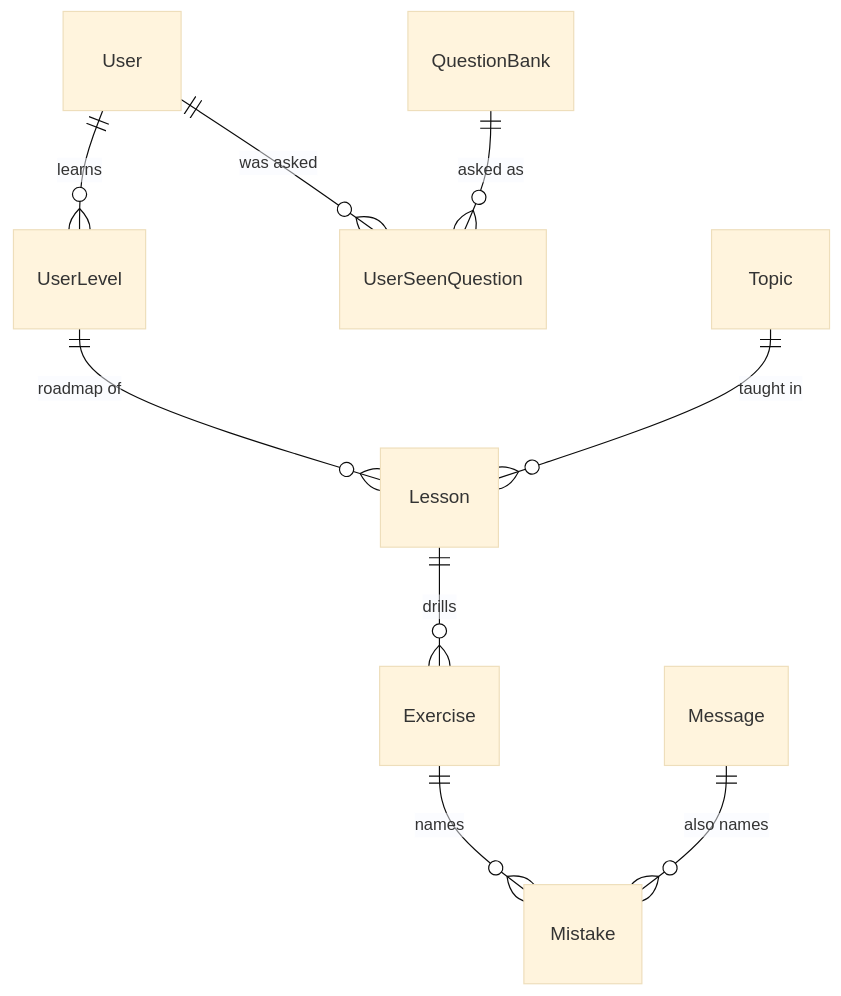
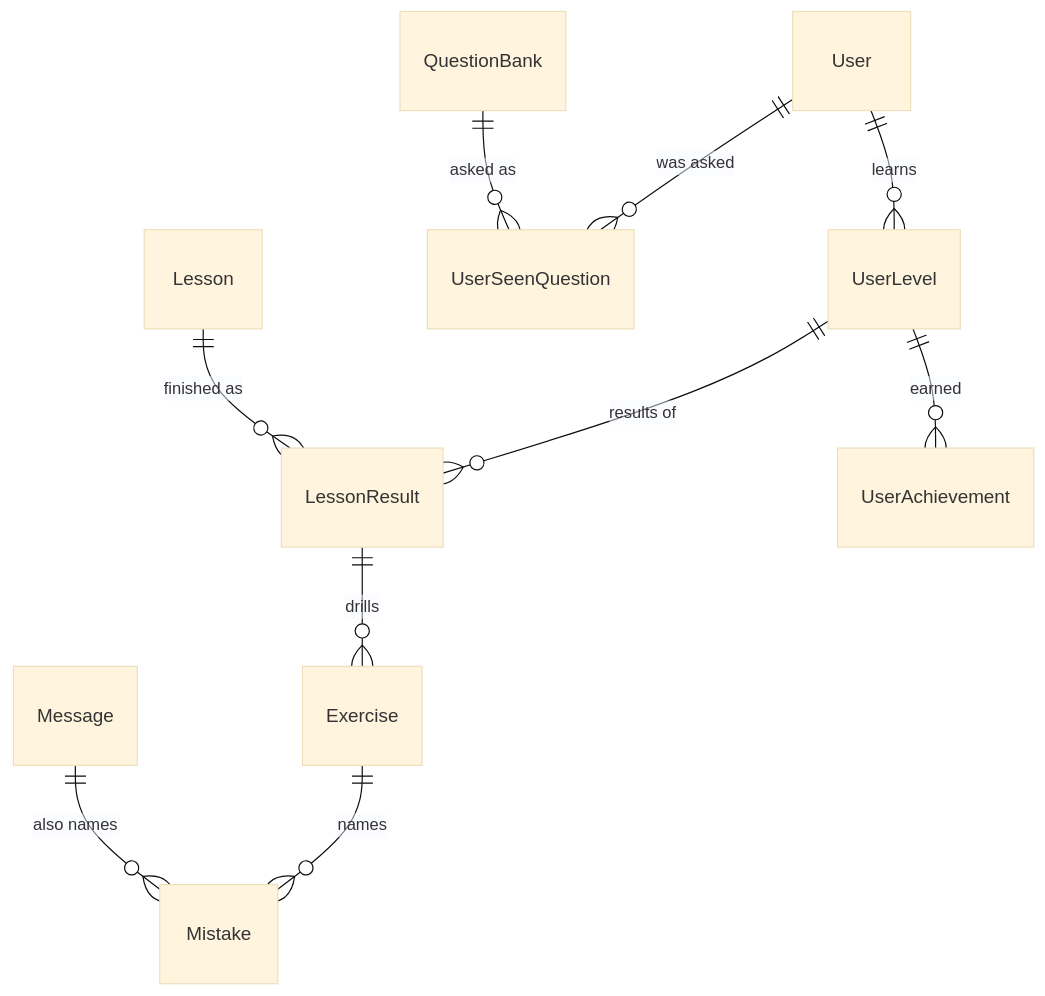
One commit to VictorBro/ft_transcendence changed the fourth of 5 diagrams in docs/PRODUCT_ARCHITECTURE.md. Above: the diagram before and after it, drawn with Mermaid (base theme). The commit also changed other lines of this file and 4 other files, not shown here.

````diff
--- a/docs/PRODUCT_ARCHITECTURE.md
+++ b/docs/PRODUCT_ARCHITECTURE.md
@@ -651,11 +712,12 @@
 ```mermaid
 erDiagram
     User         ||--o{ UserLevel        : "learns"
     User         ||--o{ UserSeenQuestion : "was asked"
     QuestionBank ||--o{ UserSeenQuestion : "asked as"
-    UserLevel    ||--o{ Lesson           : "roadmap of"
-    Topic        ||--o{ Lesson           : "taught in"
-    Lesson       ||--o{ Exercise         : "drills"
+    UserLevel    ||--o{ LessonResult     : "results of"
+    Lesson       ||--o{ LessonResult     : "finished as"
+    UserLevel    ||--o{ UserAchievement  : "earned"
+    LessonResult ||--o{ Exercise         : "drills"
     Exercise     ||--o{ Mistake          : "names"
     Message      ||--o{ Mistake          : "also names"
 ```
````
